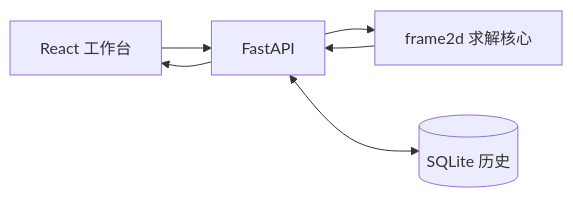
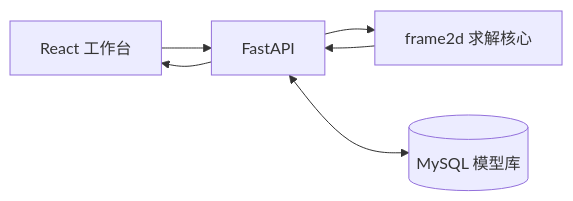
Before and after one commit to feizhang233/Frame-Studio: the diagram in README.zh-CN.md, drawn with Mermaid. The commit also changed other lines of this file and 18 other files, not shown here.

````diff
--- a/README.zh-CN.md
+++ b/README.zh-CN.md
@@ -112,13 +112,13 @@
 ```mermaid
 flowchart LR
     UI["React 工作台"]
     API["FastAPI"]
     FEM["frame2d 求解核心"]
-    DB[("SQLite 历史")]
+    DB[("MySQL 模型库")]
 
     UI --> API
     API --> FEM
     FEM --> API
     API --> UI
     API <--> DB
 ```
````
